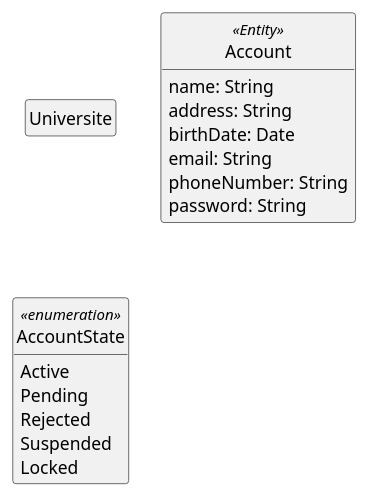
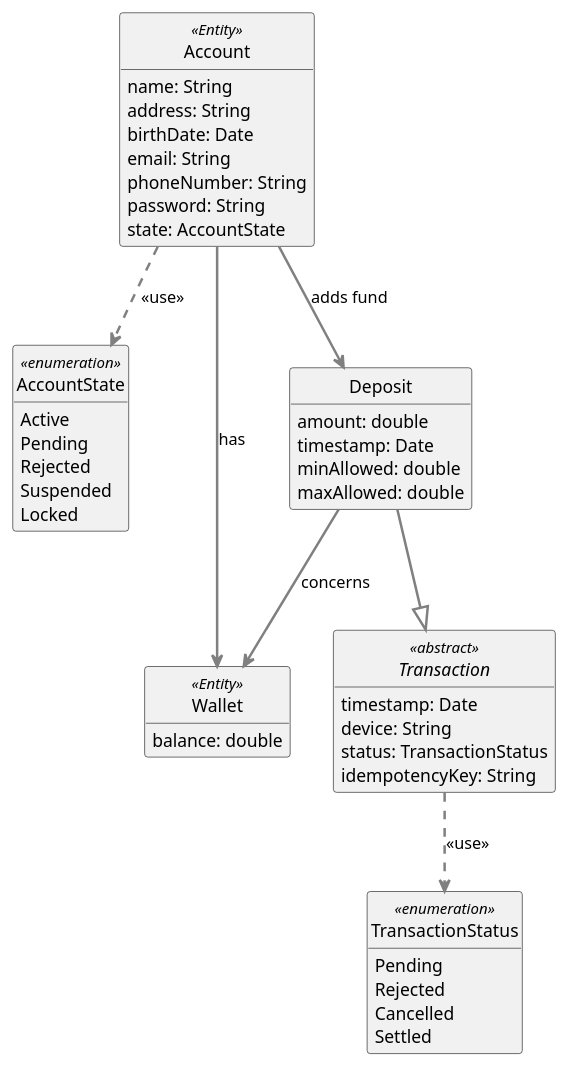
Before and after one commit to William-Lavoie/BrokerX: the diagram in documentation/domain_model.puml, drawn with PlantUML.

Commit message:
documentation - model domain diagram - phase 1

```diff
--- a/documentation/domain_model.puml
+++ b/documentation/domain_model.puml
@@ -1,28 +1,57 @@
-@startuml
+@startuml Domain model diagram
 skinparam style strictuml
 skinparam ArrowThickness 2
 skinparam ArrowColor #gray
 hide empty members
 
-Class Universite {
-}
-
-Class Account <<Entity>>
-{
+Class Account <<Entity>> {
   name: String
   address: String
   birthDate: Date
   email: String
   phoneNumber: String
   password: String
+  state: AccountState
 }
 
 enum  AccountState <<enumeration>> {
     Active
     Pending
     Rejected
     Suspended
     Locked
 }
 
+Class Wallet <<Entity>> {
+    balance: double
+}
+
+class Deposit {
+    amount: double
+    timestamp: Date
+    minAllowed: double
+    maxAllowed: double
+}
+
+abstract class  Transaction <<abstract>> {
+    timestamp: Date
+    device: String
+    status: TransactionStatus
+    idempotencyKey: String
+}
+
+enum  TransactionStatus <<enumeration>> {
+    Pending
+    Rejected
+    Cancelled
+    Settled
+}
+
+Account ..> AccountState : << use >>
+Account --> Wallet : has
+Account --> Deposit : adds fund
+Deposit --> Wallet : concerns
+Deposit --|> Transaction
+Transaction ..> TransactionStatus : << use >>
+
 @enduml
```
